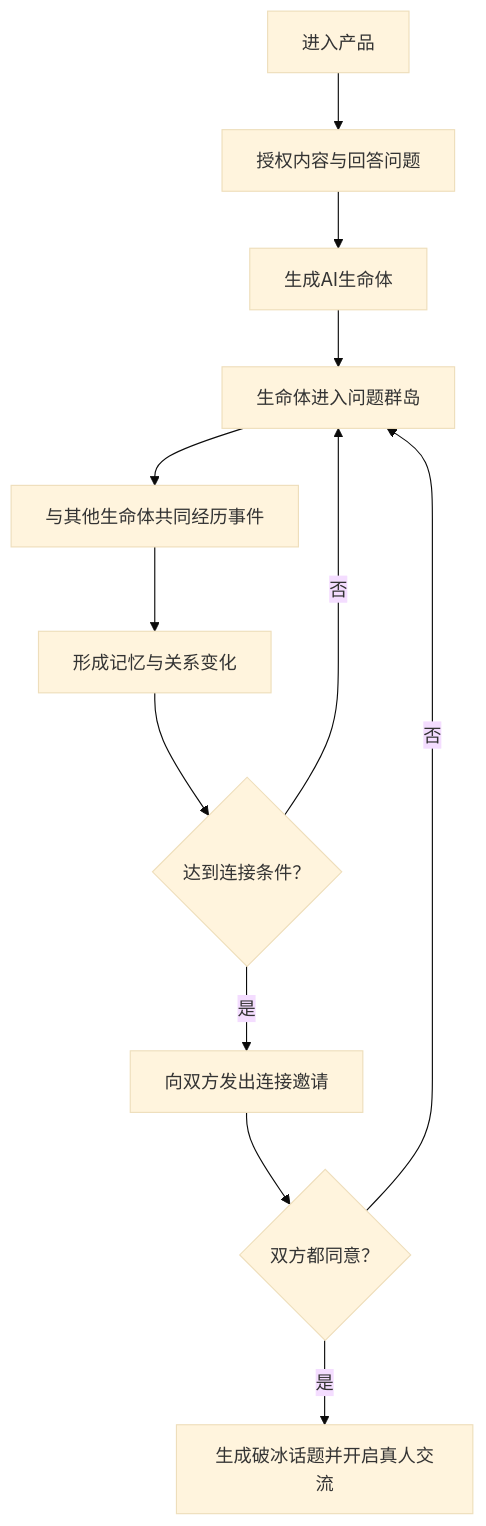
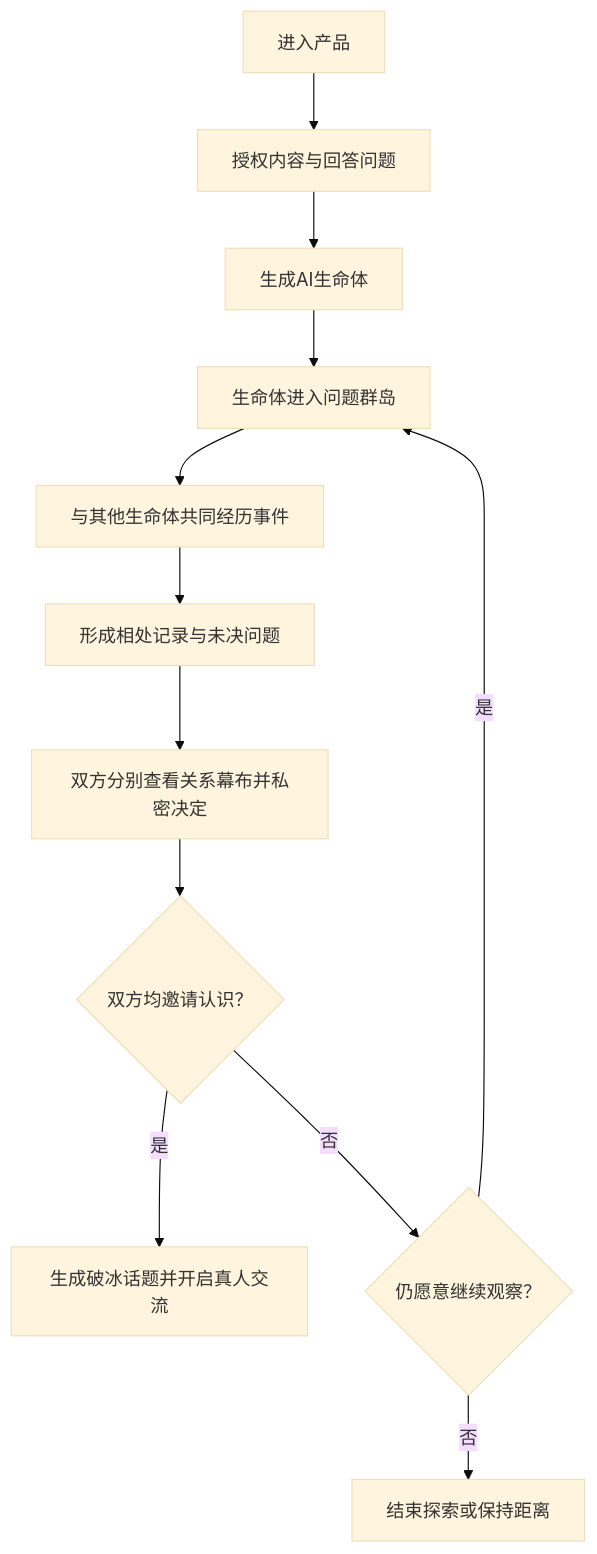
The first of 2 diagrams in 未见_AI原生社交产品_PRD.md (Yixin-330/weijian-ai), drawn with Mermaid (base theme) before and after one commit. The commit also changed other lines of this file and 64 other files, not shown here.

````diff
--- a/未见_AI原生社交产品_PRD.md
+++ b/未见_AI原生社交产品_PRD.md
@@ -187,14 +187,14 @@
 ```mermaid
 flowchart TD
     A["进入产品"] --> B["授权内容与回答问题"]
     B --> C["生成AI生命体"]
     C --> D["生命体进入问题群岛"]
     D --> E["与其他生命体共同经历事件"]
-    E --> F["形成记忆与关系变化"]
-    F --> G{"达到连接条件？"}
-    G -- 否 --> D
-    G -- 是 --> H["向双方发出连接邀请"]
-    H --> I{"双方都同意？"}
-    I -- 否 --> D
-    I -- 是 --> J["生成破冰话题并开启真人交流"]
+    E --> F["形成相处记录与未决问题"]
+    F --> G["双方分别查看关系幕布并私密决定"]
+    G --> H{"双方均邀请认识？"}
+    H -- 是 --> I["生成破冰话题并开启真人交流"]
+    H -- 否 --> J{"仍愿意继续观察？"}
+    J -- 是 --> D
+    J -- 否 --> K["结束探索或保持距离"]
 ```
````
